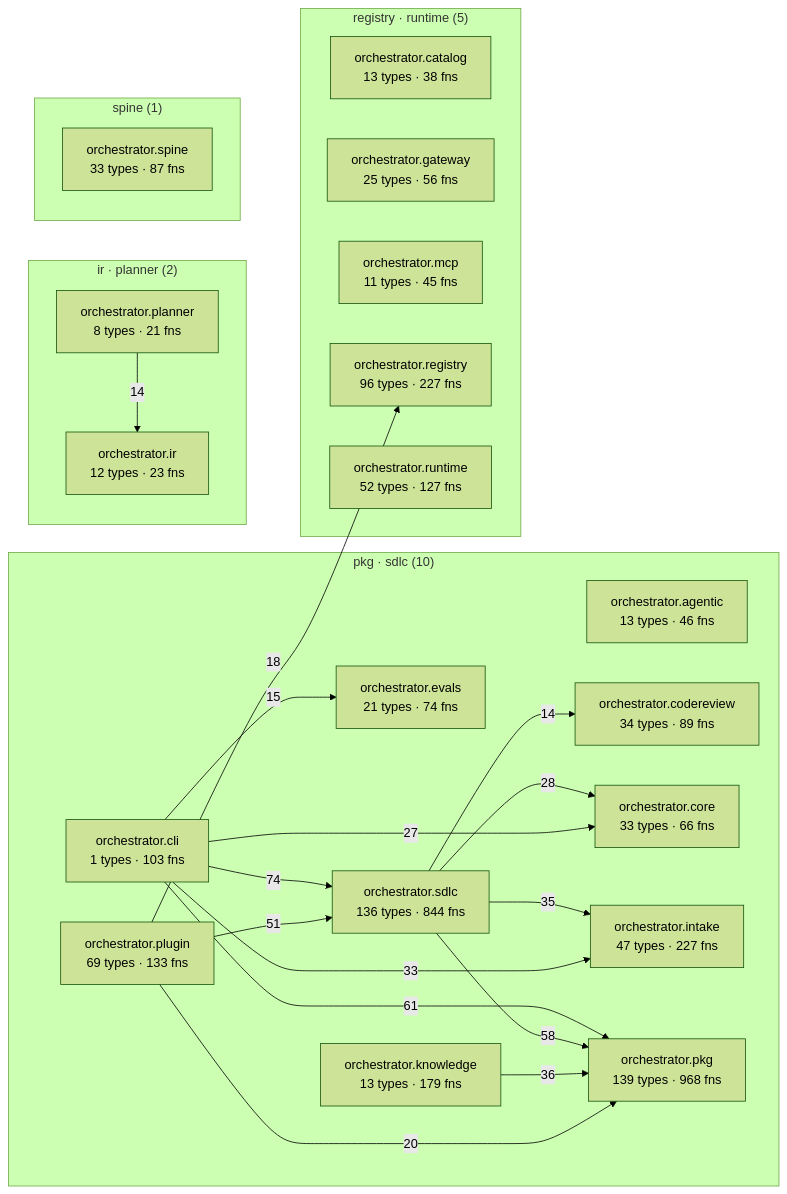
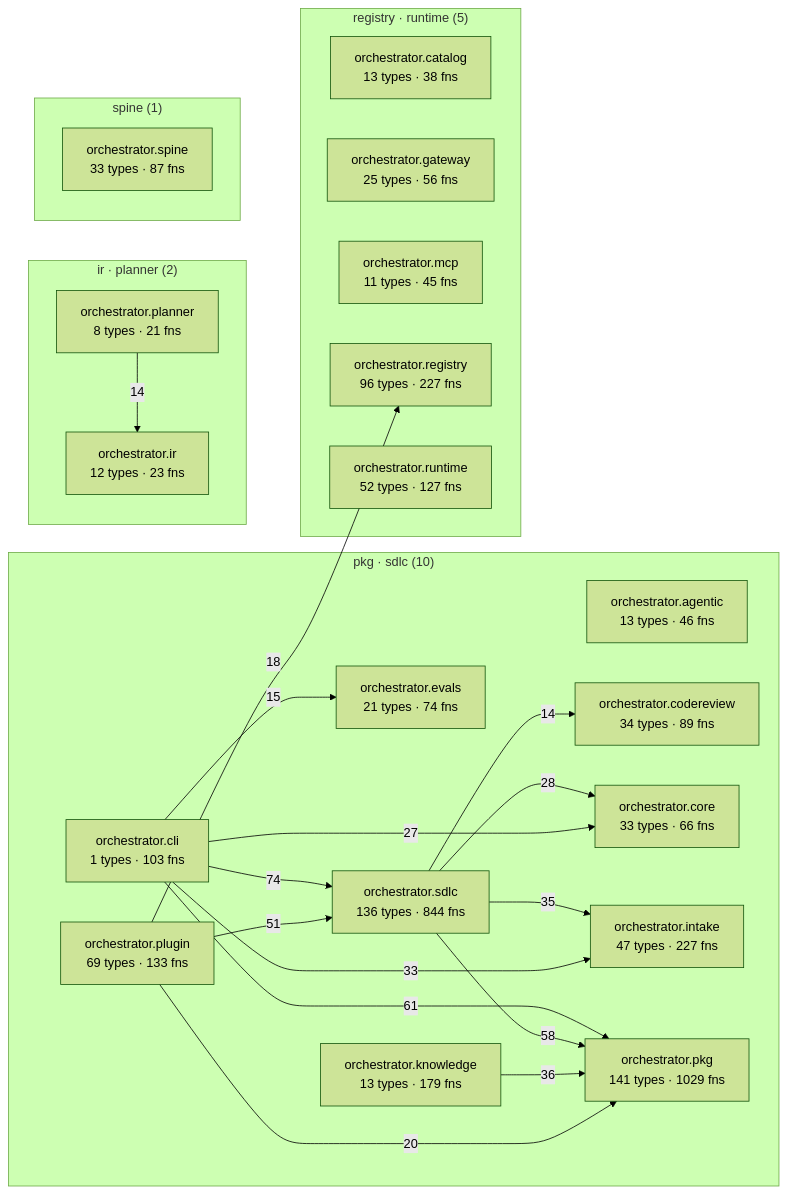
One commit to palakupadhyay23/spine changed the diagram in episteme/architecture.md. Above: the diagram before and after it, drawn with Mermaid (forest theme). The commit also changed other lines of this file and 26 other files, not shown here.

````diff
--- a/episteme/architecture.md
+++ b/episteme/architecture.md
@@ -54,43 +54,43 @@
 ```mermaid
 flowchart LR
   subgraph c_2["pkg · sdlc (10)"]
     aorchestratoragentic["orchestrator.agentic<br/>13 types · 46 fns"]
     aorchestratorcli["orchestrator.cli<br/>1 types · 103 fns"]
     aorchestratorcodereview["orchestrator.codereview<br/>34 types · 89 fns"]
     aorchestratorcore["orchestrator.core<br/>33 types · 66 fns"]
     aorchestratorevals["orchestrator.evals<br/>21 types · 74 fns"]
     aorchestratorintake["orchestrator.intake<br/>47 types · 227 fns"]
     aorchestratorknowledge["orchestrator.knowledge<br/>13 types · 179 fns"]
-    aorchestratorpkg["orchestrator.pkg<br/>139 types · 968 fns"]
+    aorchestratorpkg["orchestrator.pkg<br/>141 types · 1029 fns"]
     aorchestratorplugin["orchestrator.plugin<br/>69 types · 133 fns"]
     aorchestratorsdlc["orchestrator.sdlc<br/>136 types · 844 fns"]
   end
   subgraph c_4["registry · runtime (5)"]
     aorchestratorcatalog["orchestrator.catalog<br/>13 types · 38 fns"]
     aorchestratorgateway["orchestrator.gateway<br/>25 types · 56 fns"]
     aorchestratormcp["orchestrator.mcp<br/>11 types · 45 fns"]
     aorchestratorregistry["orchestrator.registry<br/>96 types · 227 fns"]
     aorchestratorruntime["orchestrator.runtime<br/>52 types · 127 fns"]
   end
   subgraph c_7["ir · planner (2)"]
     aorchestratorir["orchestrator.ir<br/>12 types · 23 fns"]
     aorchestratorplanner["orchestrator.planner<br/>8 types · 21 fns"]
   end
   subgraph c_12["spine (1)"]
     aorchestratorspine["orchestrator.spine<br/>33 types · 87 fns"]
   end
   aorchestratorcli -->|74| aorchestratorsdlc
   aorchestratorcli -->|61| aorchestratorpkg
   aorchestratorsdlc -->|58| aorchestratorpkg
   aorchestratorplugin -->|51| aorchestratorsdlc
   aorchestratorknowledge -->|36| aorchestratorpkg
   aorchestratorsdlc -->|35| aorchestratorintake
   aorchestratorcli -->|33| aorchestratorintake
   aorchestratorsdlc -->|28| aorchestratorcore
   aorchestratorcli -->|27| aorchestratorcore
   aorchestratorplugin -->|20| aorchestratorpkg
   aorchestratorplugin -->|18| aorchestratorregistry
   aorchestratorcli -->|15| aorchestratorevals
   aorchestratorplanner -->|14| aorchestratorir
   aorchestratorsdlc -->|14| aorchestratorcodereview
 ```
````
